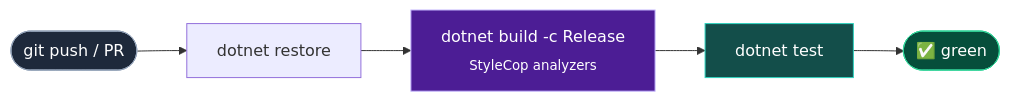
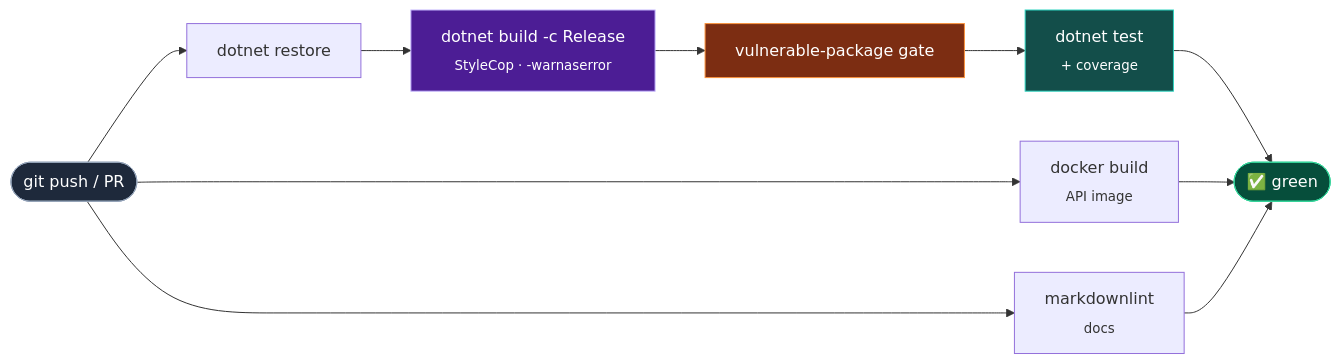
Diagram 12 of 13 in docs/SHOWCASE.md (fat7i-alghareeb/BackEnd_templete), drawn with Mermaid before and after one commit. The commit also changed other lines of this file and 49 other files, not shown here.

````diff
--- a/docs/SHOWCASE.md
+++ b/docs/SHOWCASE.md
@@ -601,8 +653,11 @@
 ```mermaid
 flowchart LR
-    P(["git push / PR"]) --> R["dotnet restore"] --> B["dotnet build -c Release<br/><sub>StyleCop analyzers</sub>"] --> T["dotnet test"] --> G(["✅ green"])
+    P(["git push / PR"]) --> R["dotnet restore"] --> B["dotnet build -c Release<br/><sub>StyleCop · -warnaserror</sub>"] --> V["vulnerable-package gate"] --> T["dotnet test<br/><sub>+ coverage</sub>"] --> G(["✅ green"])
+    P --> DI["docker build<br/><sub>API image</sub>"] --> G
+    P --> ML["markdownlint<br/><sub>docs</sub>"] --> G
     style P fill:#1E293B,stroke:#94A3B8,color:#fff
     style B fill:#4C1D95,stroke:#C4B5FD,color:#fff
+    style V fill:#7C2D12,stroke:#FB923C,color:#fff
     style T fill:#134E4A,stroke:#2DD4BF,color:#fff
     style G fill:#064E3B,stroke:#34D399,color:#fff
 ```
````
